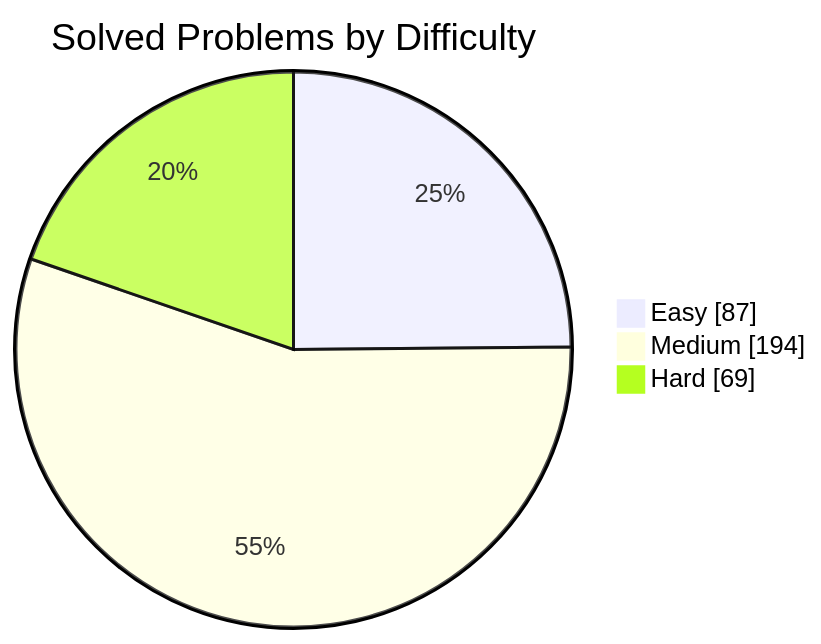
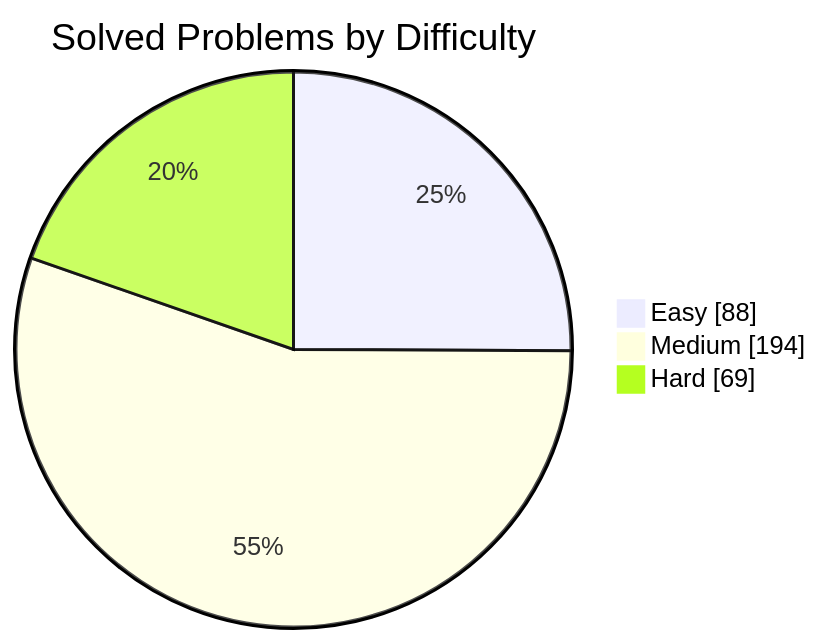
One commit to manikantbindass/DSA-Preparation-FAANG changed the first of 2 diagrams in README.md. Above: the diagram before and after it, drawn with Mermaid. The commit also changed other lines of this file and 1 other file, not shown here.

````diff
--- a/README.md
+++ b/README.md
@@ -77,7 +77,7 @@
 ```mermaid
 pie showData
     title Solved Problems by Difficulty
-    "Easy" : 87
+    "Easy" : 88
     "Medium" : 194
     "Hard" : 69
 ```
````
